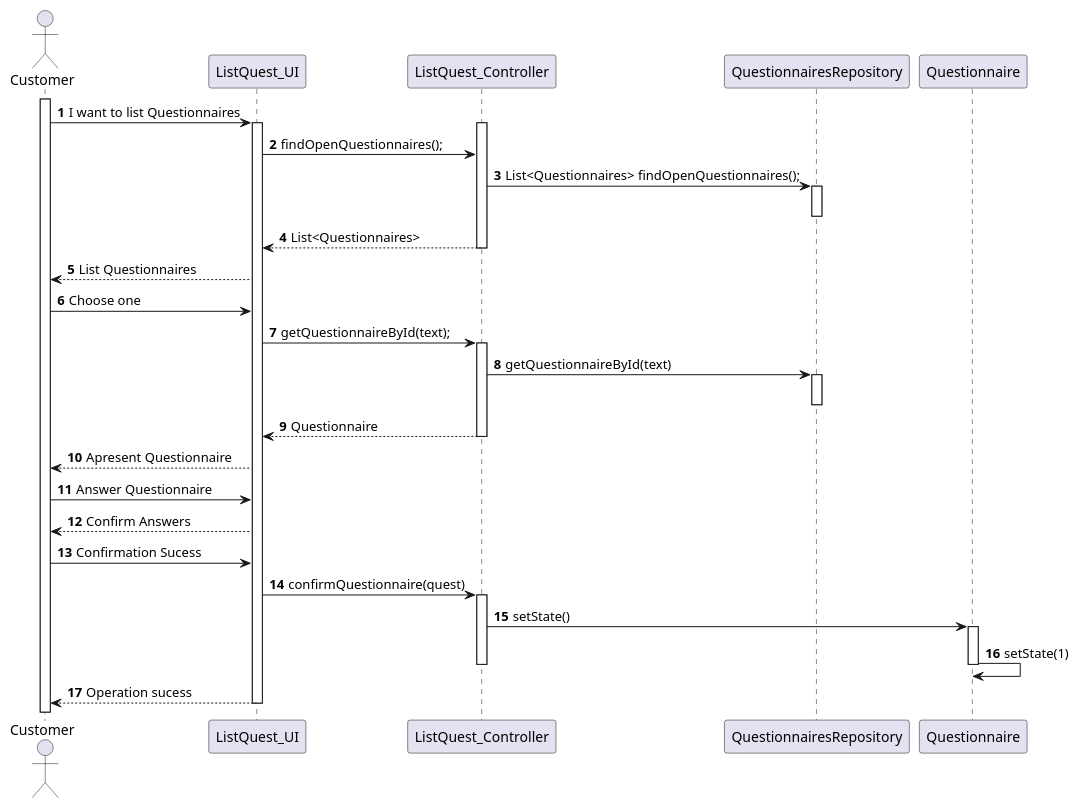
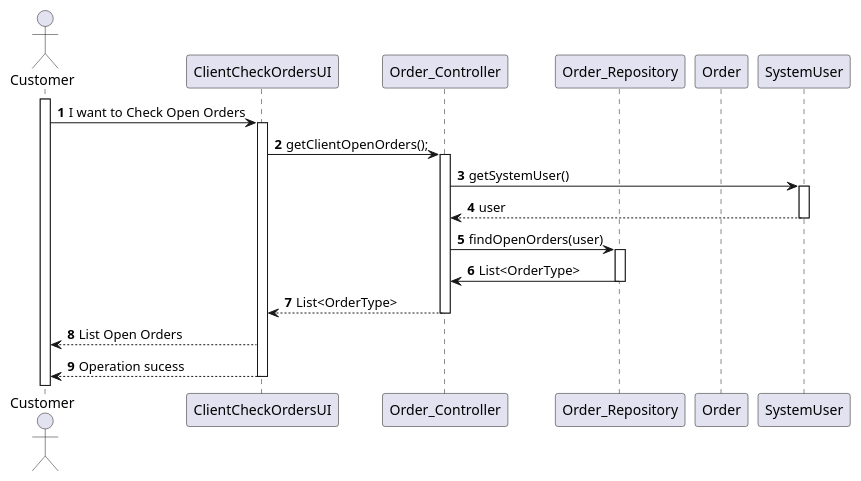
One commit to Norton1337/LAPR4_2122 changed the diagram in docs/US3501/US3501_SD.puml. Above: the diagram before and after it, drawn with PlantUML. The commit also changed 1 other file, not shown here.

Commit message:
EAPLI UserStorys, SD update

```diff
--- a/docs/US3501/US3501_SD.puml
+++ b/docs/US3501/US3501_SD.puml
@@ -1,69 +1,47 @@
 @startuml
 'https://plantuml.com/sequence-diagram
 autonumber
 
 actor "Customer" as C
 
-participant "ListQuest_UI" as UI
-participant "ListQuest_Controller" as CTR
-participant "QuestionnairesRepository" as QR
-participant "Questionnaire" as Q
+participant "ClientCheckOrdersUI" as UI
+participant "Order_Controller" as CTR
+participant "Order_Repository" as OR
+participant "Order" as O
 
 activate C
 
-C -> UI : I want to list Questionnaires
+C -> UI : I want to Check Open Orders
 activate UI
-activate CTR
-
-UI -> CTR : findOpenQuestionnaires();
-
-CTR -> QR : List<Questionnaires> findOpenQuestionnaires();
-activate QR
-deactivate QR
-
-CTR --> UI : List<Questionnaires>
-deactivate CTR
-UI --> C : List Questionnaires
-
-C -> UI : Choose one
-UI -> CTR: getQuestionnaireById(text);
-activate CTR
-
-CTR -> QR : getQuestionnaireById(text)
-activate QR
-deactivate QR
 
 
 
-
-CTR --> UI : Questionnaire
-deactivate CTR
-
-UI --> C : Apresent Questionnaire
-
-C -> UI : Answer Questionnaire
-
-UI --> C : Confirm Answers
-
-C -> UI : Confirmation Sucess
-
-UI -> CTR : confirmQuestionnaire(quest)
+UI -> CTR : getClientOpenOrders();
 activate CTR
 
-CTR -> Q : setState()
-activate Q
-Q -> Q : setState(1)
-deactivate Q
+CTR -> SystemUser : getSystemUser()
+activate SystemUser
+SystemUser --> CTR : user
+deactivate SystemUser
 
+
+CTR -> OR : findOpenOrders(user)
+activate OR
+OR -> CTR : List<OrderType>
+deactivate OR
+
+
+CTR --> UI : List<OrderType>
 deactivate CTR
+UI --> C : List Open Orders
 
 UI --> C : Operation sucess
 deactivate UI
 
 
 deactivate CTR
 
 
 
 
 @enduml
```
